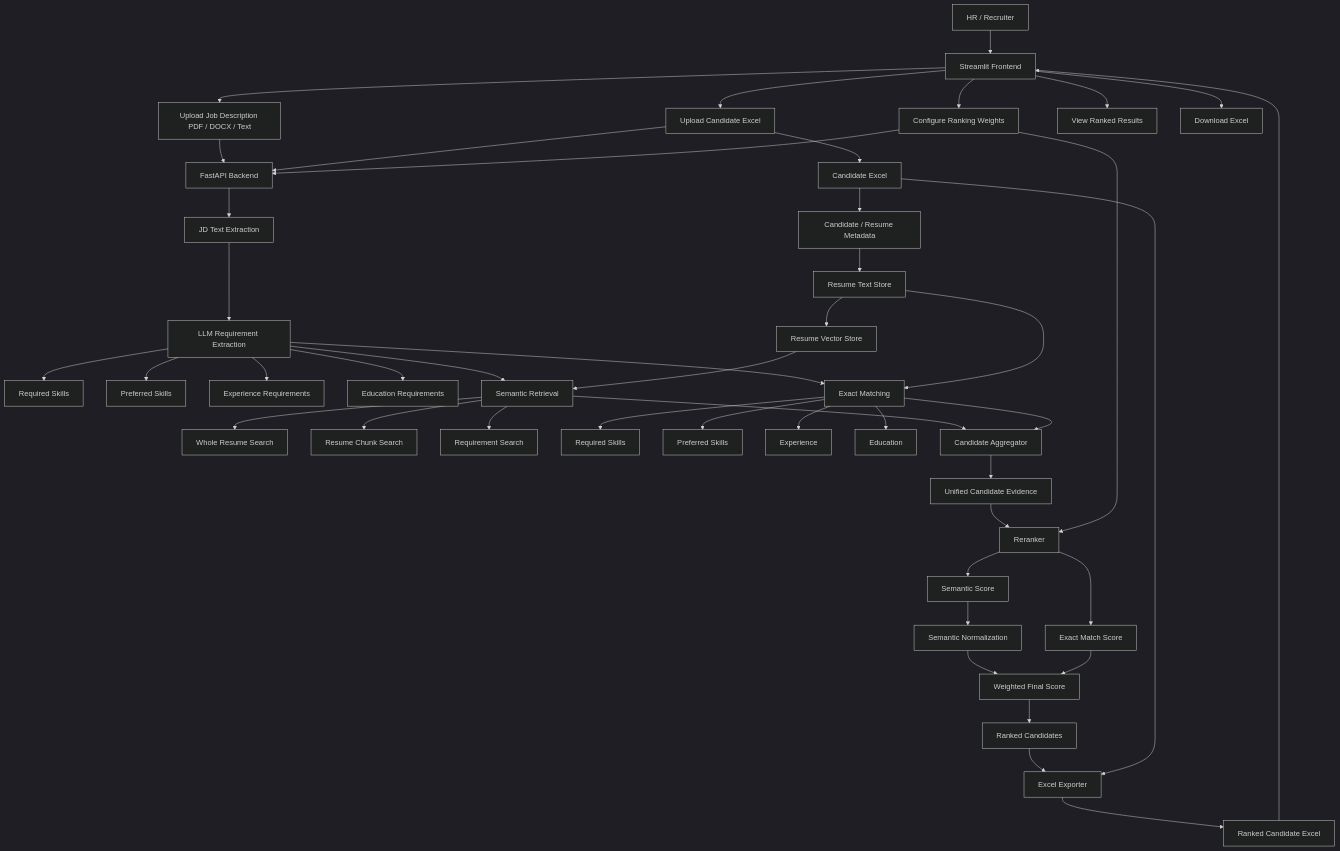
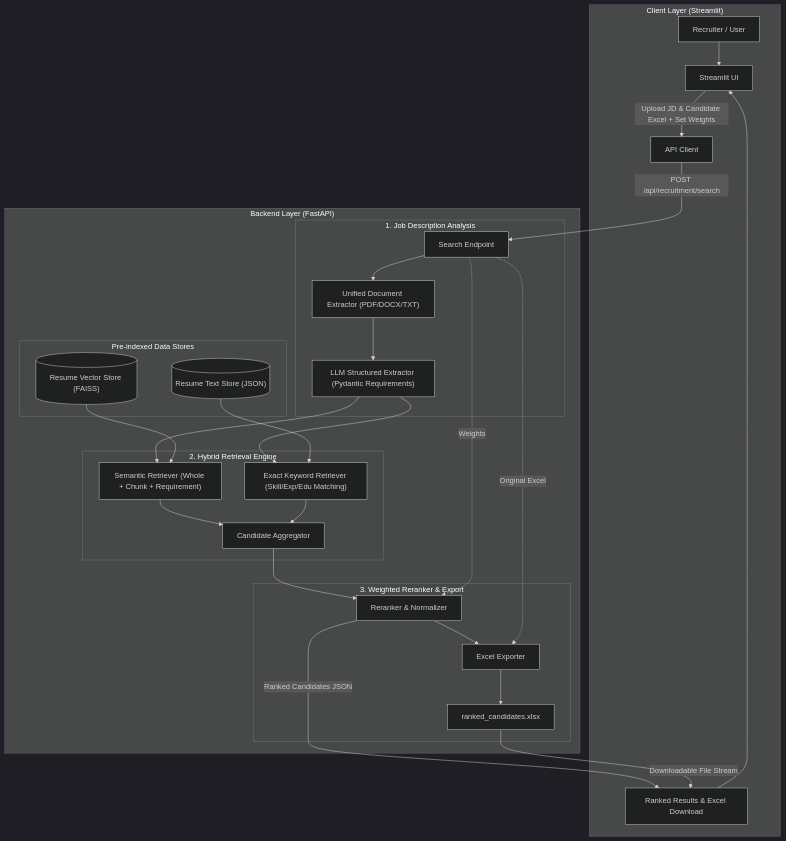
One commit to Narasimha-kambham/palle-candidate-retrieval-system changed the diagram in README.md. Above: the diagram before and after it, drawn with Mermaid (dark theme).

Commit message:
Refactor mermaid architecture diagram to eliminate redundancy and improve modularity

````diff
--- a/README.md
+++ b/README.md
@@ -31,107 +31,43 @@
 ```mermaid
 flowchart TB
+    subgraph UI ["Client Layer (Streamlit)"]
+        A["Recruiter / User"] --> B["Streamlit UI"]
+        B -->|"Upload JD & Candidate Excel + Set Weights"| C["API Client"]
+        D["Ranked Results & Excel Download"] --> B
+    end
 
-    %% =========================
-    %% CLIENT
-    %% =========================
+    subgraph API ["Backend Layer (FastAPI)"]
+        C -->|"POST /api/recruitment/search"| E["Search Endpoint"]
+        
+        subgraph JD_Pipeline ["1. Job Description Analysis"]
+            E --> F["Unified Document Extractor (PDF/DOCX/TXT)"]
+            F --> G["LLM Structured Extractor (Pydantic Requirements)"]
+        end
 
-    A[HR / Recruiter] --> B[Streamlit Frontend]
+        subgraph Storage ["Pre-indexed Data Stores"]
+            DB1[("Resume Text Store (JSON)")]
+            DB2[("Resume Vector Store (FAISS)")]
+        end
 
-    B --> C[Upload Job Description PDF / DOCX / Text]
-    B --> D[Upload Candidate Excel]
-    B --> E[Configure Ranking Weights]
+        subgraph Retrieval ["2. Hybrid Retrieval Engine"]
+            G --> H["Semantic Retriever (Whole + Chunk + Requirement)"]
+            G --> I["Exact Keyword Retriever (Skill/Exp/Edu Matching)"]
+            DB2 --> H
+            DB1 --> I
+            
+            H --> J["Candidate Aggregator"]
+            I --> J
+        end
 
-    %% =========================
-    %% API
-    %% =========================
+        subgraph Rerank ["3. Weighted Reranker & Export"]
+            J --> K["Reranker & Normalizer"]
+            E -.->|"Weights"| K
+            K --> L["Excel Exporter"]
+            E -.->|"Original Excel"| L
+            L --> M["ranked_candidates.xlsx"]
+        end
+    end
 
-    C --> F[FastAPI Backend]
-    D --> F
-    E --> F
-
-    %% =========================
-    %% INPUT PROCESSING
-    %% =========================
-
-    F --> G[JD Text Extraction]
-
-    G --> H[LLM Requirement Extraction]
-
-    H --> H1[Required Skills]
-    H --> H2[Preferred Skills]
-    H --> H3[Experience Requirements]
-    H --> H4[Education Requirements]
-
-    %% =========================
-    %% RESUME DATA
-    %% =========================
-
-    D --> I[Candidate Excel]
-
-    I --> J[Candidate / Resume Metadata]
-
-    J --> K[Resume Text Store]
-
-    K --> L[Resume Vector Store]
-
-    %% =========================
-    %% RETRIEVAL
-    %% =========================
-
-    H --> M[Semantic Retrieval]
-    L --> M
-
-    M --> M1[Whole Resume Search]
-    M --> M2[Resume Chunk Search]
-    M --> M3[Requirement Search]
-
-    H --> N[Exact Matching]
-    K --> N
-
-    N --> N1[Required Skills]
-    N --> N2[Preferred Skills]
-    N --> N3[Experience]
-    N --> N4[Education]
-
-    %% =========================
-    %% AGGREGATION
-    %% =========================
-
-    M --> O[Candidate Aggregator]
-    N --> O
-
-    O --> P[Unified Candidate Evidence]
-
-    %% =========================
-    %% RERANKING
-    %% =========================
-
-    P --> Q[Reranker]
-
-    E --> Q
-
-    Q --> Q1[Semantic Score]
-    Q --> Q2[Exact Match Score]
-
-    Q1 --> Q3[Semantic Normalization]
-    Q3 --> Q4[Weighted Final Score]
-
-    Q2 --> Q4
-
-    Q4 --> R[Ranked Candidates]
-
-    %% =========================
-    %% OUTPUT
-    %% =========================
-
-    R --> S[Excel Exporter]
-
-    I --> S
-
-    S --> T[Ranked Candidate Excel]
-
-    T --> B
-
-    B --> U[View Ranked Results]
-    B --> V[Download Excel]
+    K -->|"Ranked Candidates JSON"| D
+    M -->|"Downloadable File Stream"| D
 ```
````
